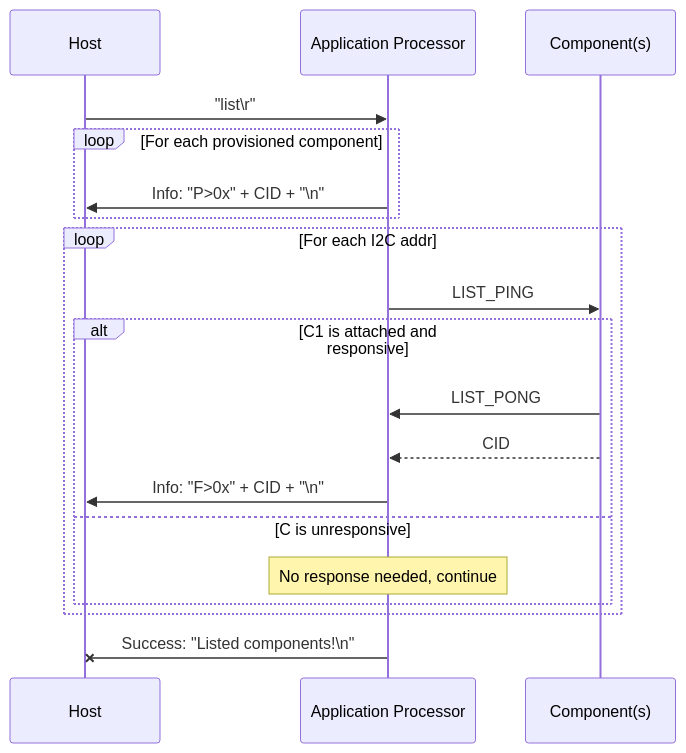
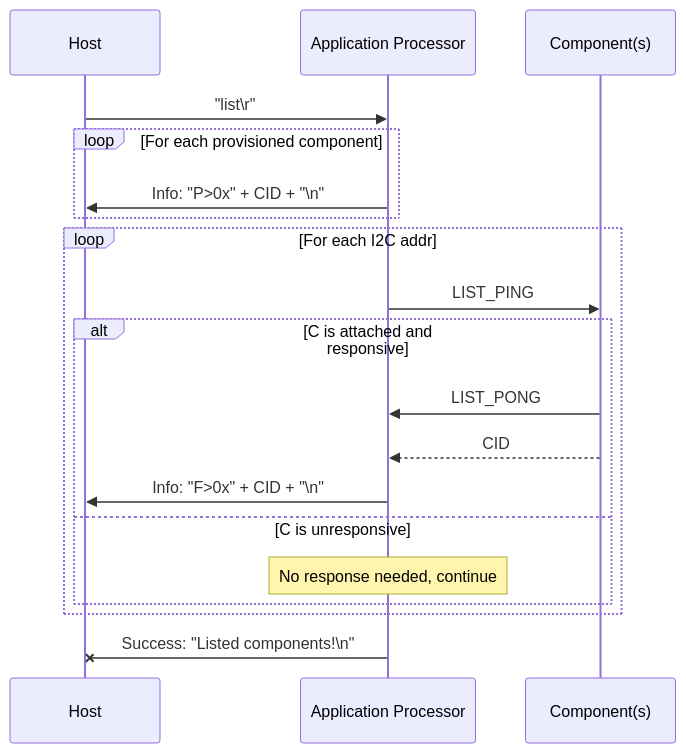
One commit to sigpwny/2024-ectf-uiuc changed the first of 4 diagrams in docs/misc_protocol.md. Above: the diagram before and after it, drawn with Mermaid.

````diff
--- a/docs/misc_protocol.md
+++ b/docs/misc_protocol.md
@@ -14,21 +14,21 @@
 ```mermaid
 sequenceDiagram
   participant H as Host
   participant AP as Application Processor
   participant C as Component(s)
   H ->> AP: "list\r"
   loop For each provisioned component
     AP ->> H: Info: "P>0x" + CID + "\n"
   end
   loop For each I2C addr
     AP ->> C: LIST_PING
-    alt C1 is attached and responsive
+    alt C is attached and responsive
       C ->> AP: LIST_PONG
       C -->> AP: CID
       AP ->> H: Info: "F>0x" + CID + "\n"
     else C is unresponsive
       Note over AP: No response needed, continue
     end
   end
   AP -x H: Success: "Listed components!\n"
 ```
````
